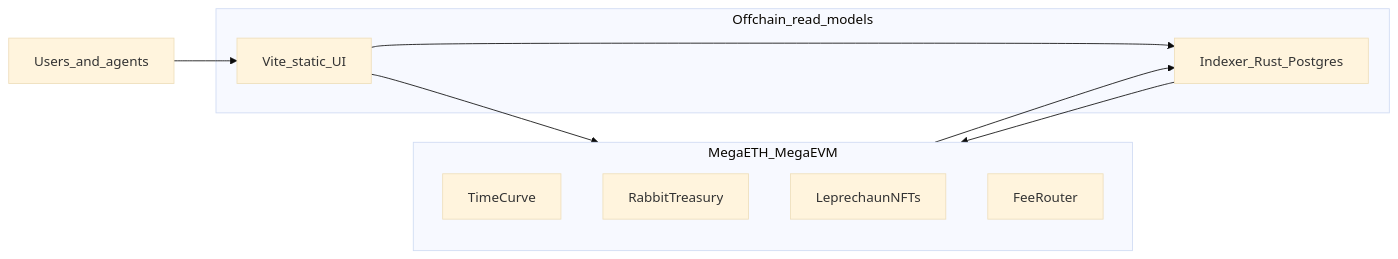
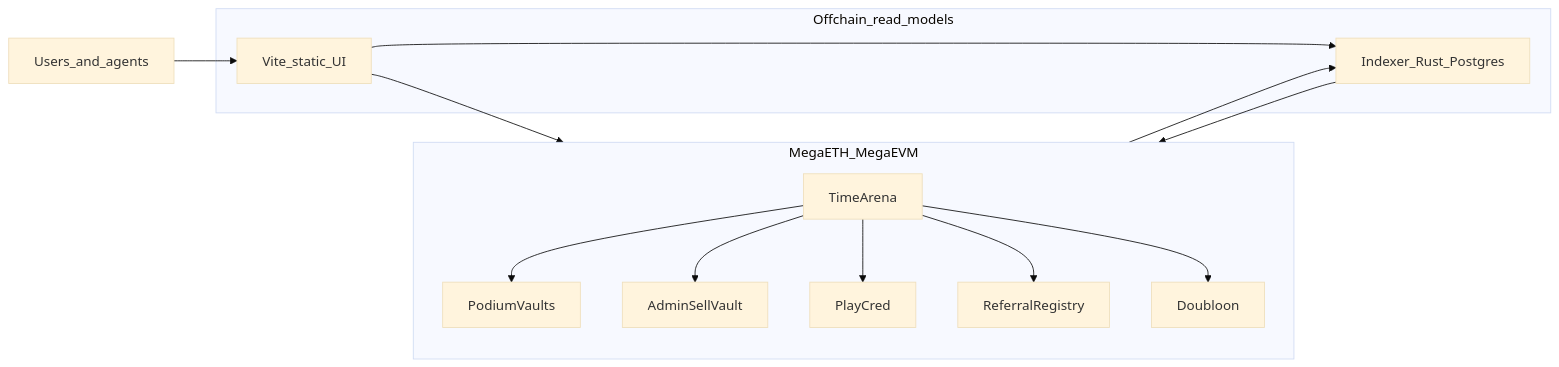
Before and after one commit to PlasticDigits/yieldomega: the diagram in docs/architecture/overview.md, drawn with Mermaid (base theme). The commit also changed other lines of this file and 15 other files, not shown here.

Commit message:
docs: add canonical Time Arena product spec (GitLab #240) Introduce docs/product/time-arena.md with timer, CRED, prize, XP, and WarBow rules; cross-link glossary, architecture, agent phases, skills, and retire v1 launchpad references in UX flow docs.

````diff
--- a/docs/architecture/overview.md
+++ b/docs/architecture/overview.md
@@ -47,18 +47,25 @@
 ```mermaid
 flowchart LR
   subgraph chain [MegaETH_MegaEVM]
-    TC[TimeCurve]
-    RT[RabbitTreasury]
-    NFT[LeprechaunNFTs]
-    Router[FeeRouter]
+    TA[TimeArena]
+    PV[PodiumVaults]
+    ASV[AdminSellVault]
+    PC[PlayCred]
+    RR[ReferralRegistry]
+    DB[Doubloon]
   end
   subgraph offchain [Offchain_read_models]
     IDX[Indexer_Rust_Postgres]
     WEB[Vite_static_UI]
   end
   Actor[Users_and_agents] --> WEB
   WEB --> IDX
   WEB --> chain
   IDX --> chain
   chain --> IDX
+  TA --> PV
+  TA --> ASV
+  TA --> PC
+  TA --> RR
+  TA --> DB
 ```
````
